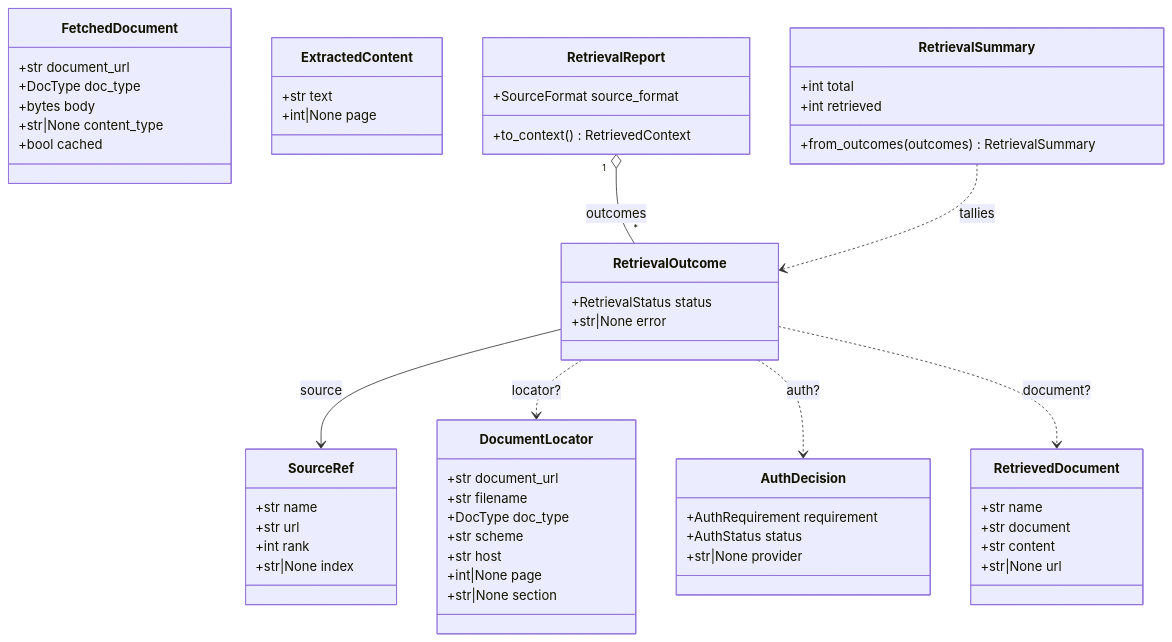
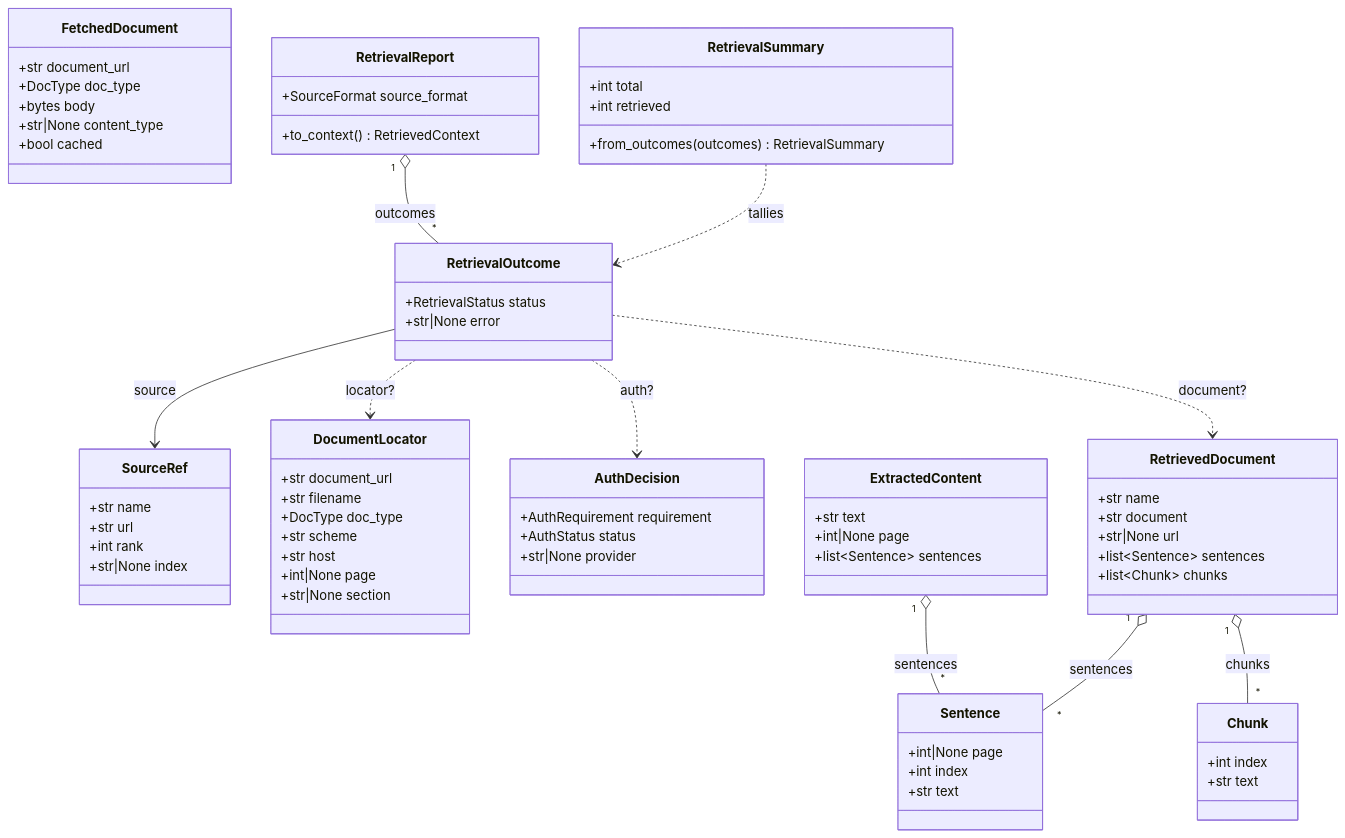
One commit to jmanuelc87/scorekeeper changed the first of 4 diagrams in docs/retrieval-taxonomy.md. Above: the diagram before and after it, drawn with Mermaid. The commit also changed other lines of this file and 39 other files, not shown here.

````diff
--- a/docs/retrieval-taxonomy.md
+++ b/docs/retrieval-taxonomy.md
@@ -20,60 +21,74 @@
 ```mermaid
 classDiagram
     class SourceRef {
         +str name
         +str url
         +int rank
         +str|None index
     }
     class DocumentLocator {
         +str document_url
         +str filename
         +DocType doc_type
         +str scheme
         +str host
         +int|None page
         +str|None section
     }
     class AuthDecision {
         +AuthRequirement requirement
         +AuthStatus status
         +str|None provider
     }
     class FetchedDocument {
         +str document_url
         +DocType doc_type
         +bytes body
         +str|None content_type
         +bool cached
     }
     class ExtractedContent {
         +str text
         +int|None page
+        +list~Sentence~ sentences
+    }
+    class Sentence {
+        +int|None page
+        +int index
+        +str text
     }
     class RetrievalOutcome {
         +RetrievalStatus status
         +str|None error
     }
     class RetrievalReport {
         +SourceFormat source_format
         +to_context() RetrievedContext
     }
     class RetrievalSummary {
         +int total
         +int retrieved
         +from_outcomes(outcomes) RetrievalSummary
     }
     class RetrievedDocument {
         +str name
         +str document
-        +str content
         +str|None url
+        +list~Sentence~ sentences
+        +list~Chunk~ chunks
+    }
+    class Chunk {
+        +int index
+        +str text
     }
 
     RetrievalReport "1" o-- "*" RetrievalOutcome : outcomes
     RetrievalOutcome --> SourceRef : source
     RetrievalOutcome ..> DocumentLocator : locator?
     RetrievalOutcome ..> AuthDecision : auth?
     RetrievalOutcome ..> RetrievedDocument : document?
     RetrievalSummary ..> RetrievalOutcome : tallies
+    ExtractedContent "1" o-- "*" Sentence : sentences
+    RetrievedDocument "1" o-- "*" Sentence : sentences
+    RetrievedDocument "1" o-- "*" Chunk : chunks
 ```
````
